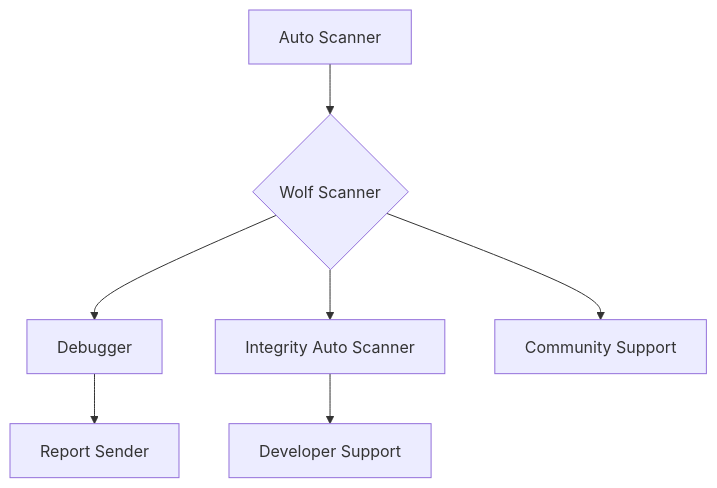
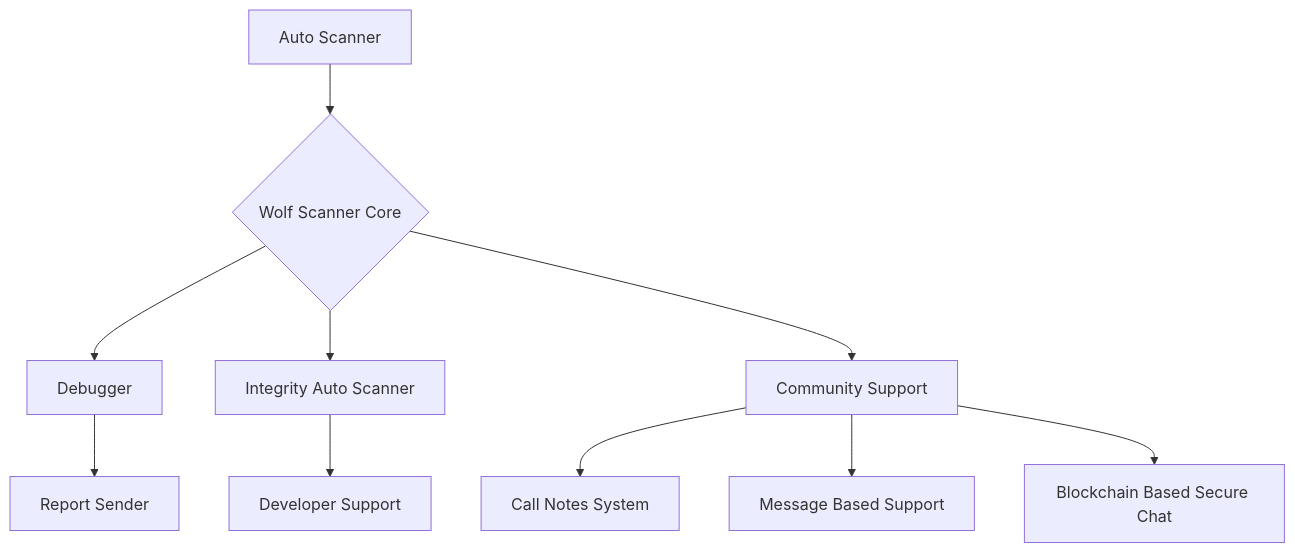
One commit to Tamilselvan-S-Cyber-Security/Hackindia_MEC_Cyber_Wolf_Team-2026 changed the diagram in Additional-Features.md. Above: the diagram before and after it, drawn with Mermaid. The commit also changed other lines of this file, not shown here.

````diff
--- a/Additional-Features.md
+++ b/Additional-Features.md
@@ -2,12 +3,15 @@
 ```mermaid
 flowchart TD
-    A[Auto Scanner] --> B{Wolf Scanner}
+    A[Auto Scanner] --> B{Wolf Scanner Core}
 
     B --> C[Debugger]
     C --> D[Report Sender]
 
     B --> E[Integrity Auto Scanner]
     E --> F[Developer Support]
 
     B --> G[Community Support]
+    G --> H[Call Notes System]
+    G --> I[Message Based Support]
+    G --> J[Blockchain Based Secure Chat]
 ```
````
